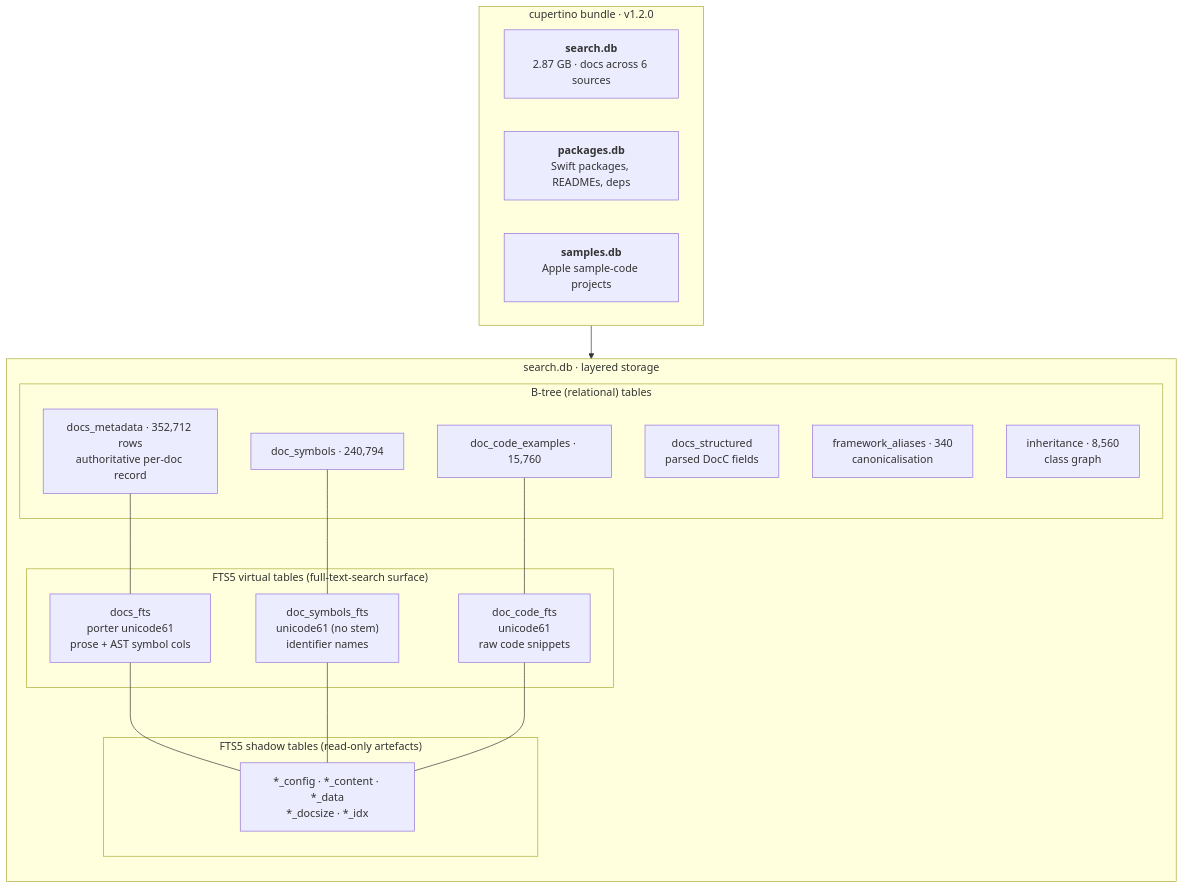
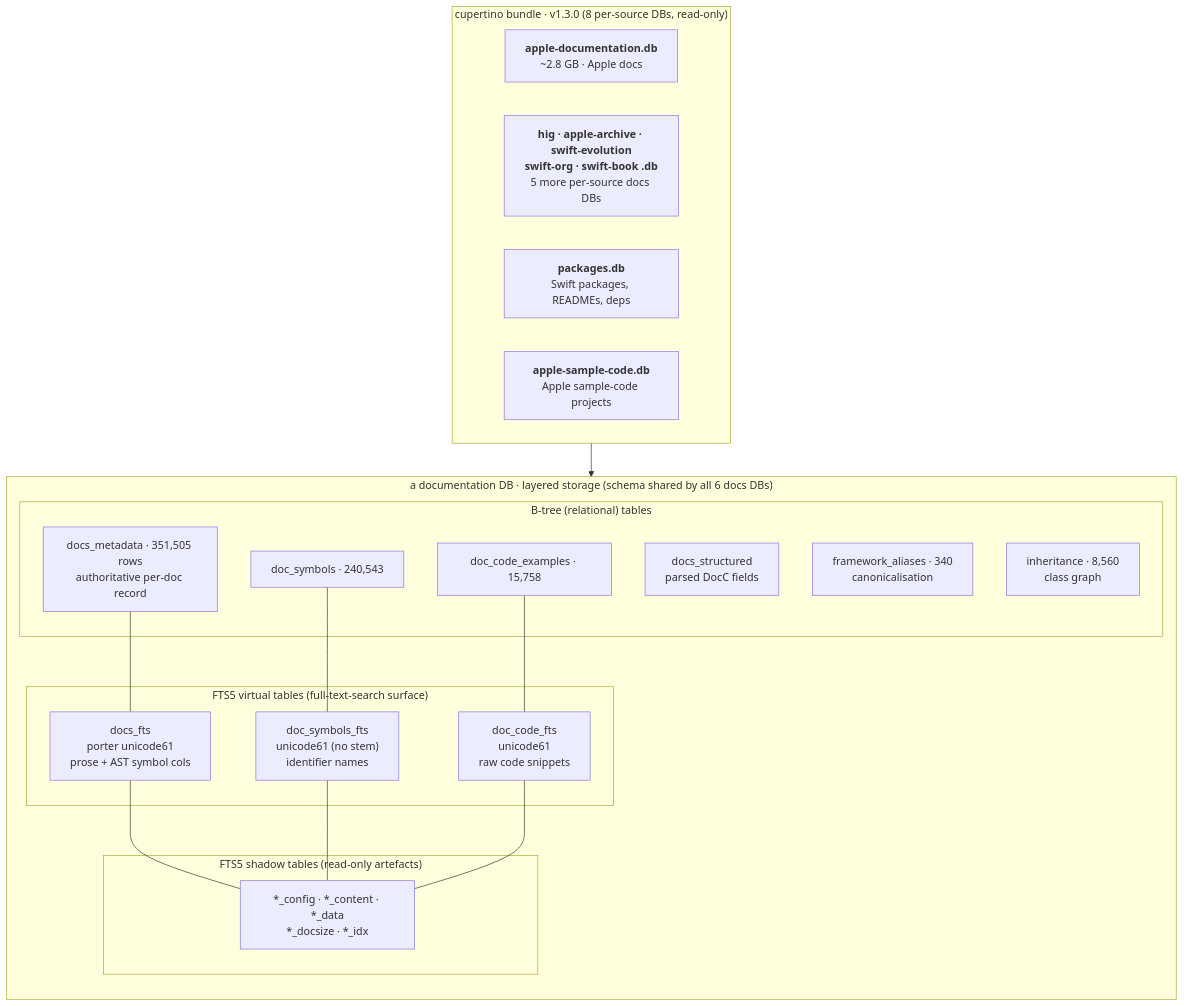
Before and after one commit to mihaelamj/cupertino: the first of 2 diagrams in docs/architecture/database.md, drawn with Mermaid. The commit also changed other lines of this file and 15 other files, not shown here.

First line of the commit message:
docs: align architecture + artifact docs with the v1.3.0 per-source split (#1204)

````diff
--- a/docs/architecture/database.md
+++ b/docs/architecture/database.md
@@ -39,37 +44,38 @@
 ```mermaid
 flowchart TB
-    subgraph Bundle["cupertino bundle · v1.2.0"]
+    subgraph Bundle["cupertino bundle · v1.3.0 (8 per-source DBs, read-only)"]
         direction LR
-        SDB["<b>search.db</b><br/>2.87 GB · docs across 6 sources"]
+        SDB["<b>apple-documentation.db</b><br/>~2.8 GB · Apple docs"]
+        ODB["<b>hig · apple-archive · swift-evolution<br/>swift-org · swift-book .db</b><br/>5 more per-source docs DBs"]
         PDB["<b>packages.db</b><br/>Swift packages, READMEs, deps"]
-        XDB["<b>samples.db</b><br/>Apple sample-code projects"]
+        XDB["<b>apple-sample-code.db</b><br/>Apple sample-code projects"]
     end
 
-    subgraph SearchDB["search.db · layered storage"]
+    subgraph SearchDB["a documentation DB · layered storage (schema shared by all 6 docs DBs)"]
         direction TB
         subgraph Relational["B-tree (relational) tables"]
-            DM["docs_metadata · 352,712 rows<br/>authoritative per-doc record"]
+            DM["docs_metadata · 351,505 rows<br/>authoritative per-doc record"]
             DS["docs_structured<br/>parsed DocC fields"]
             FA["framework_aliases · 340<br/>canonicalisation"]
             IN["inheritance · 8,560<br/>class graph"]
-            CE["doc_code_examples · 15,760"]
-            SY["doc_symbols · 240,794"]
+            CE["doc_code_examples · 15,758"]
+            SY["doc_symbols · 240,543"]
         end
         subgraph FTS["FTS5 virtual tables (full-text-search surface)"]
             DF["docs_fts<br/>porter unicode61<br/>prose + AST symbol cols"]
             SF["doc_symbols_fts<br/>unicode61 (no stem)<br/>identifier names"]
             CF["doc_code_fts<br/>unicode61<br/>raw code snippets"]
         end
         subgraph Shadow["FTS5 shadow tables (read-only artefacts)"]
             SH["*_config · *_content · *_data<br/>*_docsize · *_idx"]
         end
         DM --- DF
         SY --- SF
         CE --- CF
         DF --- SH
         SF --- SH
         CF --- SH
     end
 
     SDB --> SearchDB
 ```
````
